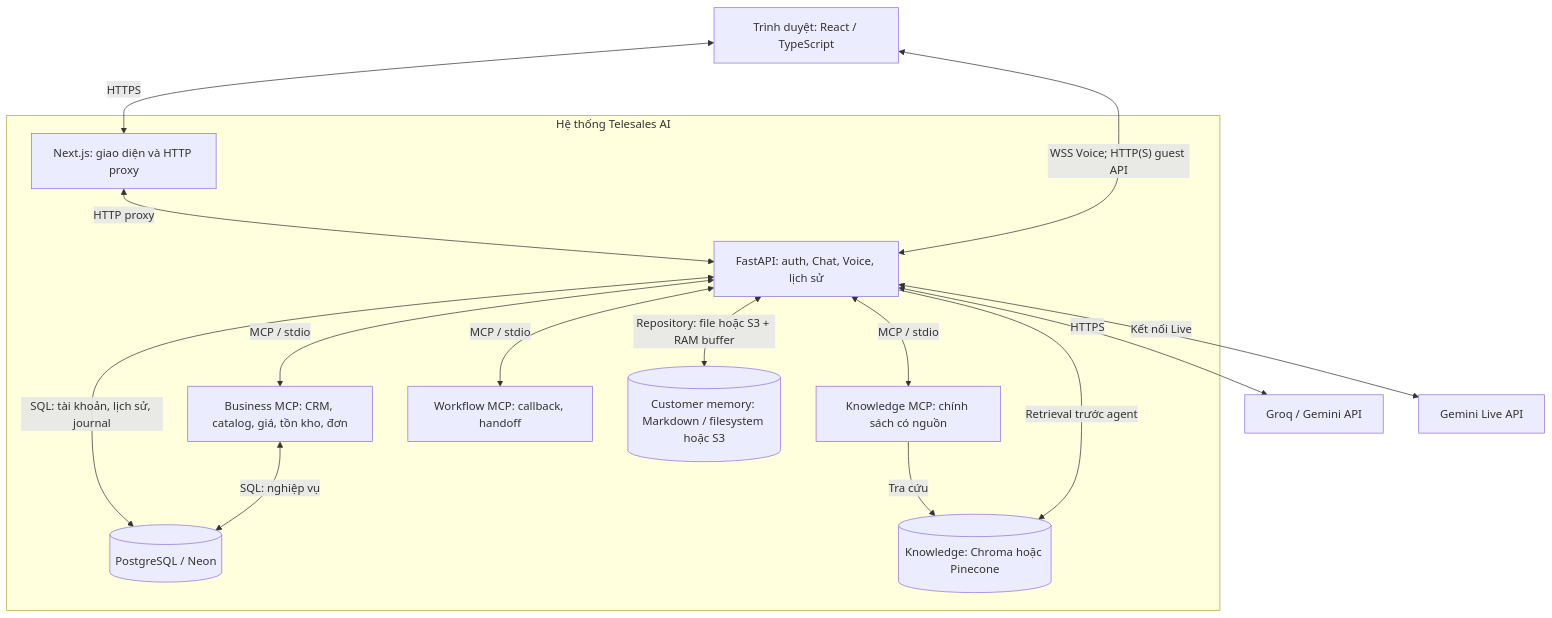
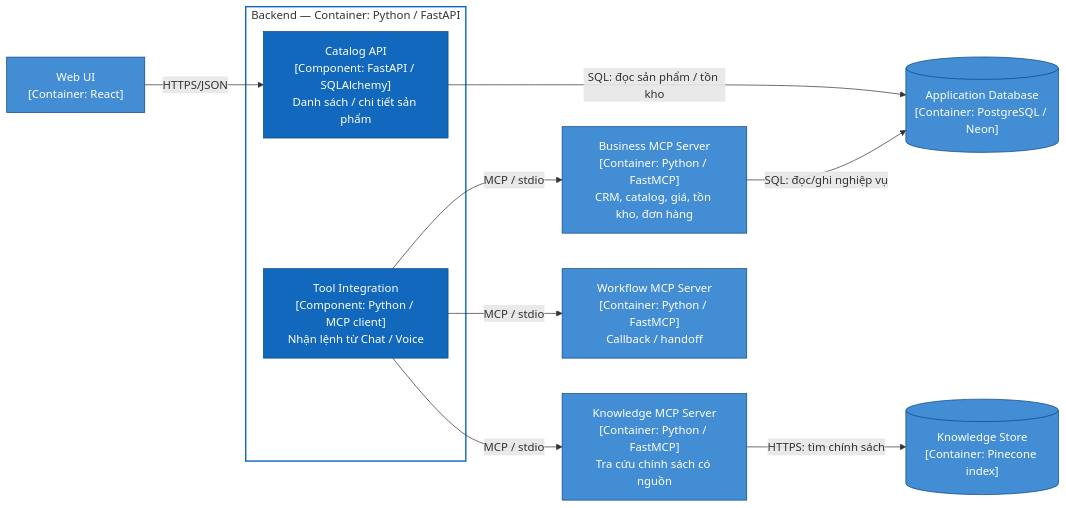
Before and after one commit to hyugai/sudocode2026-team9: the fifth of 5 diagrams in docs/architecture-doc/system-architecture.md, drawn with Mermaid. The commit also changed other lines of this file and 3 other files, not shown here.

````diff
--- a/docs/architecture-doc/system-architecture.md
+++ b/docs/architecture-doc/system-architecture.md
@@ -31,29 +201,27 @@
 ```mermaid
-flowchart TB
-    Browser["Trình duyệt: React / TypeScript"]
-    LLM["Groq / Gemini API"]
-    Live["Gemini Live API"]
-    subgraph System["Hệ thống Telesales AI"]
-        Web["Next.js: giao diện và HTTP proxy"]
-        API["FastAPI: auth, Chat, Voice, lịch sử"]
-        DBTools["Business MCP: CRM, catalog, giá, tồn kho, đơn"]
-        KBTools["Knowledge MCP: chính sách có nguồn"]
-        WF["Workflow MCP: callback, handoff"]
-        SQL[("PostgreSQL / Neon")]
-        KB[("Knowledge: Chroma hoặc Pinecone")]
-        Memory[("Customer memory: Markdown / filesystem hoặc S3")]
+flowchart LR
+    productUI["Web UI<br/>[Container: React]"]
+    subgraph toolsBackend["Backend — Container: Python / FastAPI"]
+        catalogAPI["Catalog API<br/>[Component: FastAPI / SQLAlchemy]<br/>Danh sách / chi tiết sản phẩm"]
+        toolsClient["Tool Integration<br/>[Component: Python / MCP client]<br/>Nhận lệnh từ Chat / Voice"]
     end
-    Browser <-->|"HTTPS"| Web
-    Web <-->|"HTTP proxy"| API
-    Browser <-->|"WSS Voice; HTTP(S) guest API"| API
-    API <-->|"MCP / stdio"| DBTools
-    API <-->|"MCP / stdio"| KBTools
-    API <-->|"MCP / stdio"| WF
-    API <-->|"SQL: tài khoản, lịch sử, journal"| SQL
-    DBTools <-->|"SQL: nghiệp vụ"| SQL
-    KBTools -->|"Tra cứu"| KB
-    API -->|"Retrieval trước agent"| KB
-    API <-->|"Repository: file hoặc S3 + RAM buffer"| Memory
-    API <-->|"HTTPS"| LLM
-    API <-->|"Kết nối Live"| Live
+    businessMCP["Business MCP Server<br/>[Container: Python / FastMCP]<br/>CRM, catalog, giá, tồn kho, đơn hàng"]
+    knowledgeMCP["Knowledge MCP Server<br/>[Container: Python / FastMCP]<br/>Tra cứu chính sách có nguồn"]
+    workflowMCP["Workflow MCP Server<br/>[Container: Python / FastMCP]<br/>Callback / handoff"]
+    businessDB[("Application Database<br/>[Container: PostgreSQL / Neon]")]
+    policyStore[("Knowledge Store<br/>[Container: Pinecone index]")]
+
+    productUI -->|"HTTPS/JSON"| catalogAPI
+    catalogAPI -->|"SQL: đọc sản phẩm / tồn kho"| businessDB
+    toolsClient -->|"MCP / stdio"| businessMCP
+    toolsClient -->|"MCP / stdio"| knowledgeMCP
+    toolsClient -->|"MCP / stdio"| workflowMCP
+    businessMCP -->|"SQL: đọc/ghi nghiệp vụ"| businessDB
+    knowledgeMCP -->|"HTTPS: tìm chính sách"| policyStore
+
+    classDef component fill:#1168bd,color:#fff,stroke:#0b4884;
+    classDef container fill:#438dd5,color:#fff,stroke:#0b4884;
+    class catalogAPI,toolsClient component;
+    class productUI,businessMCP,knowledgeMCP,workflowMCP,businessDB,policyStore container;
+    style toolsBackend fill:transparent,stroke:#1168bd,stroke-width:2px;
 ```
````
